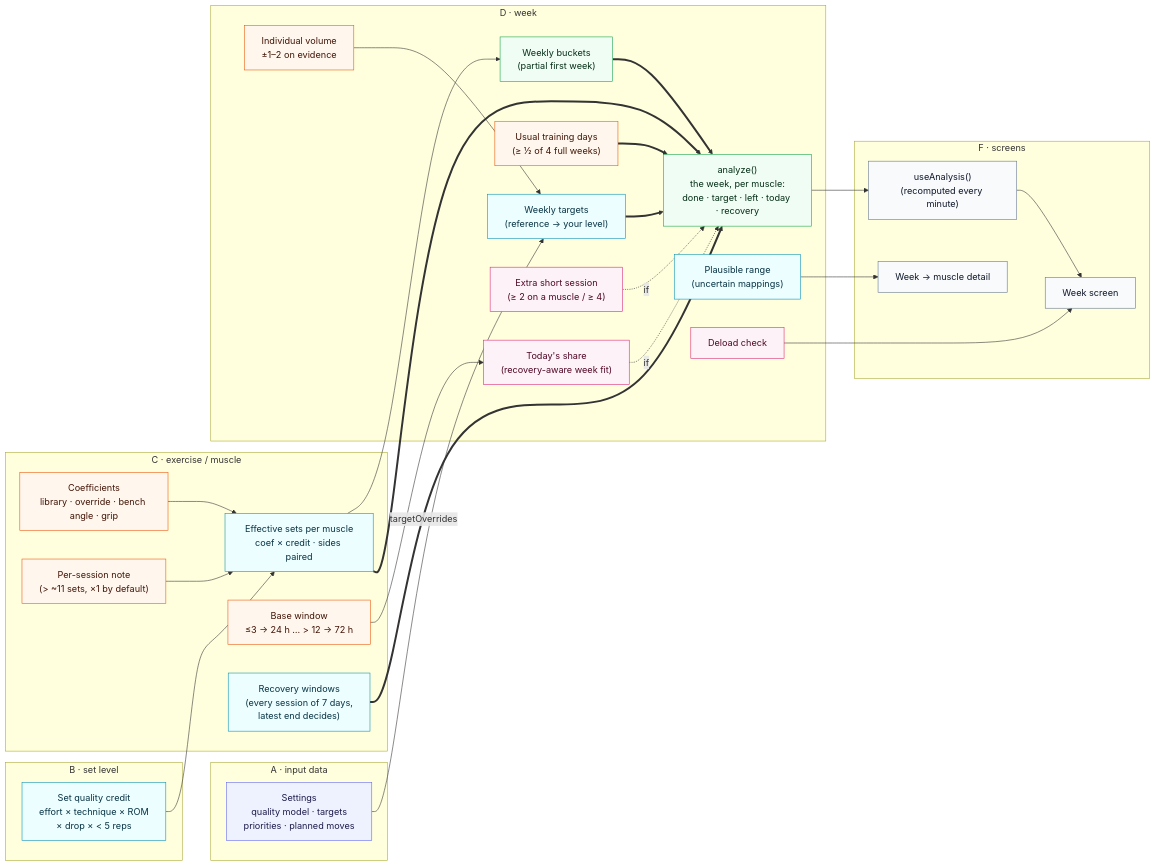
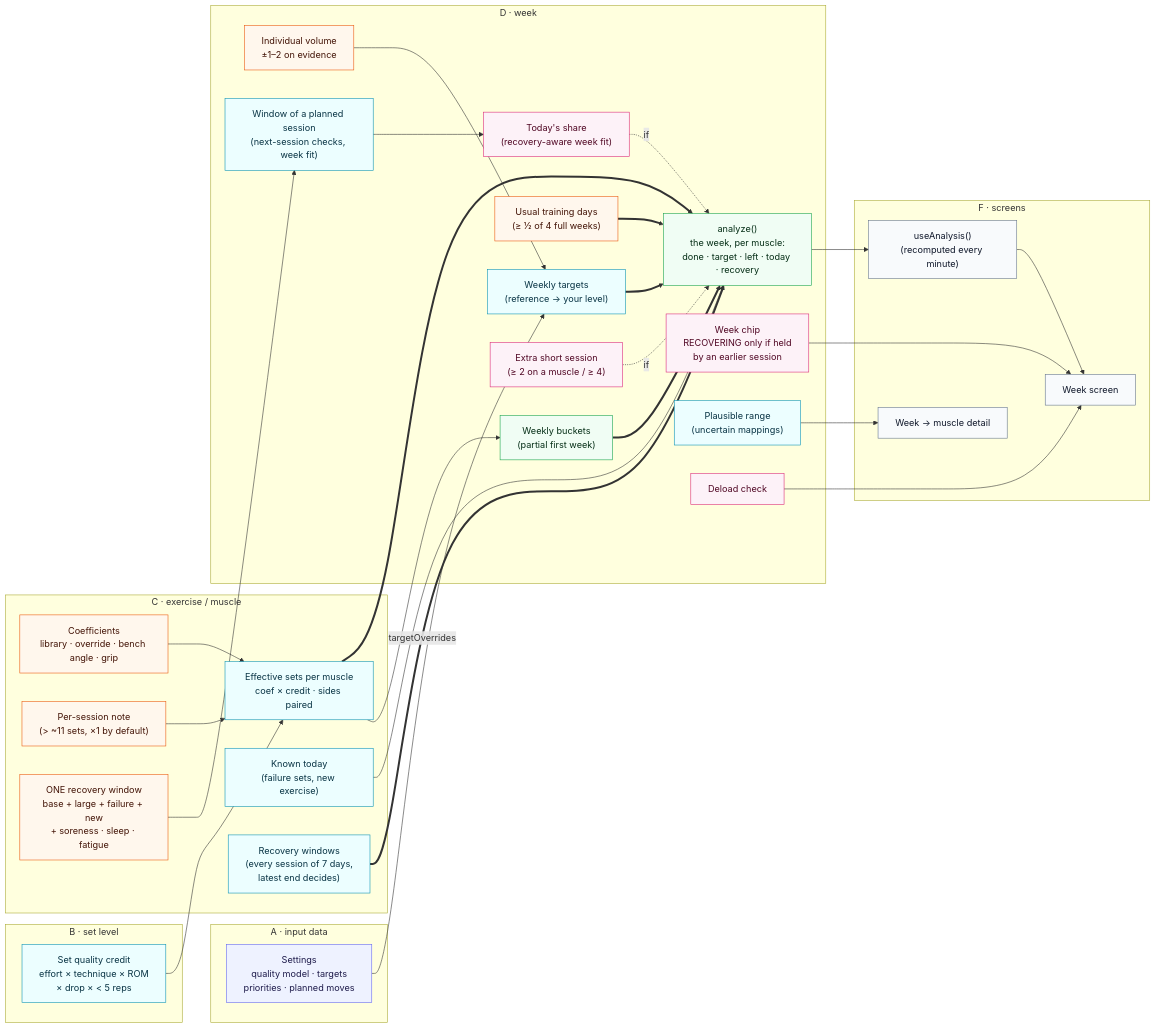
Before and after one commit to seniashinmaksim/gym-rat: the third of 8 diagrams in docs/FORMULA_DEPENDENCY_MAP.md, drawn with Mermaid. The commit also changed other lines of this file and 34 other files, not shown here.

````diff
--- a/docs/FORMULA_DEPENDENCY_MAP.md
+++ b/docs/FORMULA_DEPENDENCY_MAP.md
@@ -243,56 +245,62 @@
 ```mermaid
 flowchart LR
   subgraph A["A · input data"]
     in_settings["Settings<br/>quality model · targets<br/>priorities · planned moves"]:::input
   end
   subgraph B["B · set level"]
     assess["Set quality credit<br/>effort × technique × ROM<br/>× drop × < 5 reps"]:::formula
   end
   subgraph C["C · exercise / muscle"]
     coef["Coefficients<br/>library · override · bench angle · grip"]:::rule
     volume["Effective sets per muscle<br/>coef × credit · sides paired"]:::formula
     taper["Per-session note<br/>(> ~11 sets, ×1 by default)"]:::rule
-    basewin["Base window<br/>≤3 → 24 h … > 12 → 72 h"]:::rule
+    window["ONE recovery window<br/>base + large + failure + new<br/>+ soreness · sleep · fatigue"]:::rule
+    todayextra["Known today<br/>(failure sets, new exercise)"]:::formula
     recovery["Recovery windows<br/>(every session of 7 days,<br/>latest end decides)"]:::formula
   end
   subgraph D["D · week"]
     weekly["Weekly buckets<br/>(partial first week)"]:::aggregation
     analyze["analyze()<br/>the week, per muscle:<br/>done · target · left · today · recovery"]:::aggregation
     volresp["Individual volume<br/>±1–2 on evidence"]:::rule
     targets["Weekly targets<br/>(reference → your level)"]:::formula
     usual["Usual training days<br/>(≥ ½ of 4 full weeks)"]:::rule
+    sesswin["Window of a planned session<br/>(next-session checks, week fit)"]:::formula
     fit["Today's share<br/>(recovery-aware week fit)"]:::decision
     extra["Extra short session<br/>(≥ 2 on a muscle / ≥ 4)"]:::decision
+    weekchip["Week chip<br/>RECOVERING only if held<br/>by an earlier session"]:::decision
     mapspread["Plausible range<br/>(uncertain mappings)"]:::formula
     deload["Deload check"]:::decision
   end
   subgraph F["F · screens"]
     ui_analysis["useAnalysis()<br/>(recomputed every minute)"]:::ui
     ui_week["Week screen"]:::ui
     ui_muscledetail["Week → muscle detail"]:::ui
   end
   coef --> volume
   assess --> volume
   taper --> volume
   volume --> weekly
   weekly ==> analyze
   volume ==> analyze
   volresp --> targets
   in_settings -->|targetOverrides| targets
   targets ==> analyze
   usual ==> analyze
-  basewin --> fit
+  window --> sesswin
+  sesswin --> fit
+  todayextra --> analyze
   fit -.->|if| analyze
   extra -.->|if| analyze
   recovery ==> analyze
   analyze --> ui_analysis
   ui_analysis --> ui_week
+  weekchip --> ui_week
   mapspread --> ui_muscledetail
   deload --> ui_week
   classDef input fill:#eef2ff,stroke:#6366f1,color:#1e1b4b
   classDef formula fill:#ecfeff,stroke:#0891b2,color:#083344
   classDef rule fill:#fff7ed,stroke:#ea580c,color:#431407
   classDef aggregation fill:#f0fdf4,stroke:#16a34a,color:#052e16
   classDef decision fill:#fdf2f8,stroke:#db2777,color:#500724
   classDef ui fill:#f8fafc,stroke:#64748b,color:#0f172a
 ```
````
